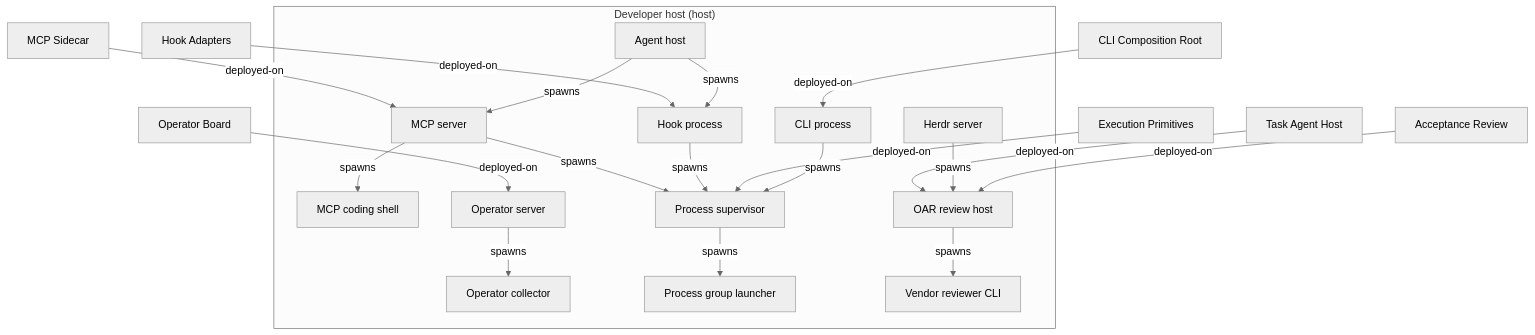
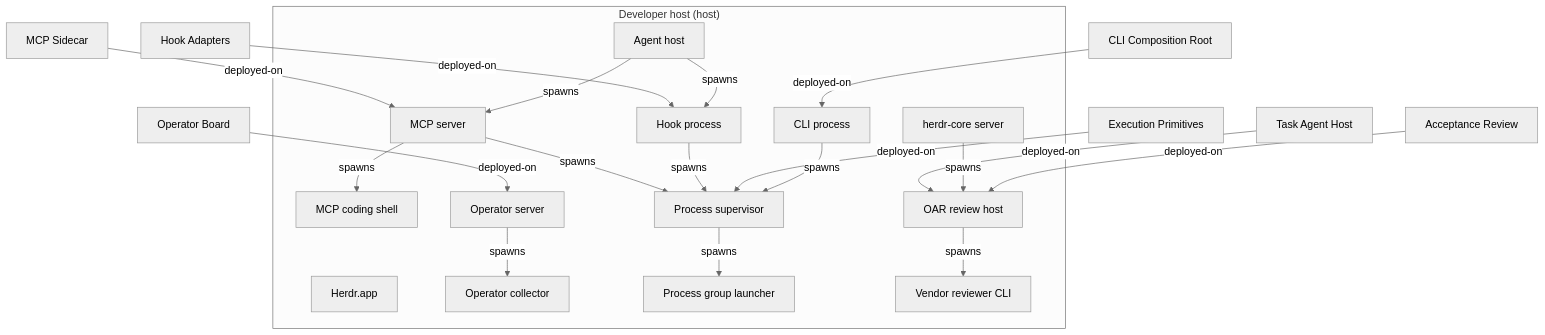
Before and after one commit to Ancienttwo/repo-harness: the diagram in docs/architecture/diagrams/runtime-topology.mmd, drawn with Mermaid (neutral theme). The commit also changed 4 other files, not shown here.

First line of the commit message:
docs(architecture): project the herdr-core model and correct the collector hc reads (#1483, #1532)

```diff
--- a/docs/architecture/diagrams/runtime-topology.mmd
+++ b/docs/architecture/diagrams/runtime-topology.mmd
@@ -1,40 +1,41 @@
 %% Generated by ArchContext. Native model remains source of truth.
 flowchart TB
   subgraph namespace_host_developer["Developer host (host)"]
     process_agent_host["Agent host"]
     process_cli["CLI process"]
-    process_herdr_server["Herdr server"]
+    process_herdr_app["Herdr.app"]
+    process_herdr_core_server["herdr-core server"]
     process_hook["Hook process"]
     process_mcp_coding_shell["MCP coding shell"]
     process_mcp_server["MCP server"]
     process_oar_review_host["OAR review host"]
     process_operator_collector["Operator collector"]
     process_operator_server["Operator server"]
     process_process_group_launcher["Process group launcher"]
     process_process_supervisor["Process supervisor"]
     process_vendor_cli["Vendor reviewer CLI"]
   end
   capability_runtime_harness_hook_adapters["Hook Adapters"]
   capability_runtime_harness_mcp_sidecar["MCP Sidecar"]
   capability_runtime_harness_operator["Operator Board"]
   capability_runtime_harness_task_agent_host["Task Agent Host"]
   capability_verification_acceptance_review["Acceptance Review"]
   capability_workflow_engine_execution_primitives["Execution Primitives"]
   component_global_runtime_reconciliation_cli_root["CLI Composition Root"]
   capability_verification_acceptance_review -->|"deployed-on"| process_oar_review_host
   process_agent_host -->|"spawns"| process_hook
   process_agent_host -->|"spawns"| process_mcp_server
   component_global_runtime_reconciliation_cli_root -->|"deployed-on"| process_cli
   process_cli -->|"spawns"| process_process_supervisor
   capability_workflow_engine_execution_primitives -->|"deployed-on"| process_process_supervisor
-  process_herdr_server -->|"spawns"| process_oar_review_host
+  process_herdr_core_server -->|"spawns"| process_oar_review_host
   capability_runtime_harness_hook_adapters -->|"deployed-on"| process_hook
   process_hook -->|"spawns"| process_process_supervisor
   process_mcp_server -->|"spawns"| process_mcp_coding_shell
   process_mcp_server -->|"spawns"| process_process_supervisor
   capability_runtime_harness_mcp_sidecar -->|"deployed-on"| process_mcp_server
   process_oar_review_host -->|"spawns"| process_vendor_cli
   process_operator_server -->|"spawns"| process_operator_collector
   capability_runtime_harness_operator -->|"deployed-on"| process_operator_server
   process_process_supervisor -->|"spawns"| process_process_group_launcher
   capability_runtime_harness_task_agent_host -->|"deployed-on"| process_oar_review_host
```
